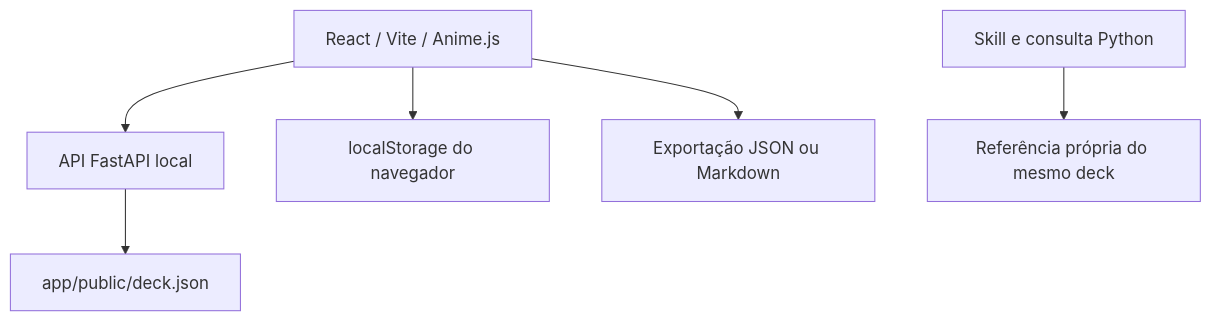
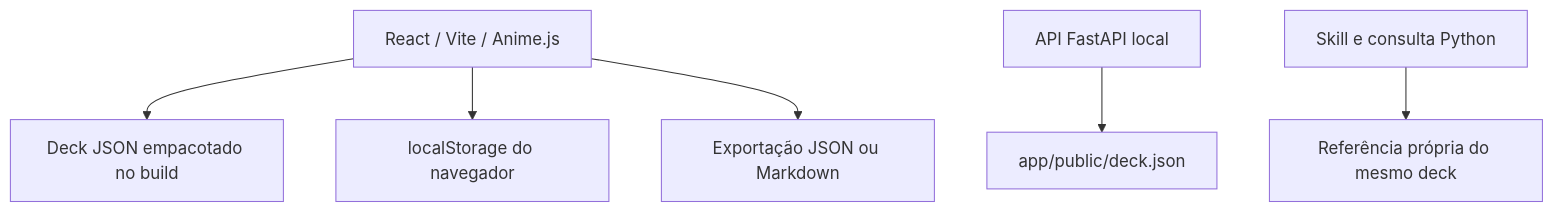
The diagram in docs/ARCHITECTURE.md (eep0x10/persona-cards), drawn with Mermaid before and after one commit. The commit also changed other lines of this file and 110 other files, not shown here.

````diff
--- a/docs/ARCHITECTURE.md
+++ b/docs/ARCHITECTURE.md
@@ -5,8 +5,8 @@
 ```mermaid
 flowchart TD
-  A[React / Vite / Anime.js] --> B[API FastAPI local]
-  B --> C[app/public/deck.json]
+  A[React / Vite / Anime.js] --> C[Deck JSON empacotado no build]
+  B[API FastAPI local] --> FONTE[app/public/deck.json]
   A --> D[localStorage do navegador]
   A --> E[Exportação JSON ou Markdown]
   F[Skill e consulta Python] --> G[Referência própria do mesmo deck]
 ```
````
